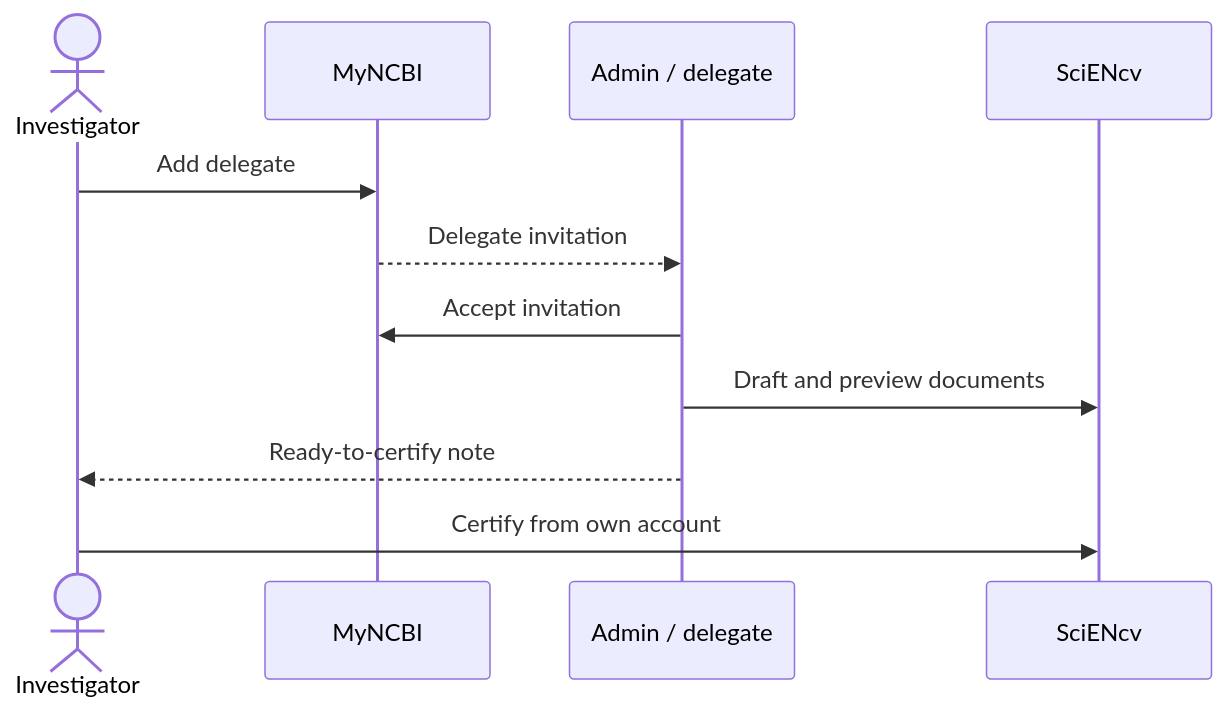
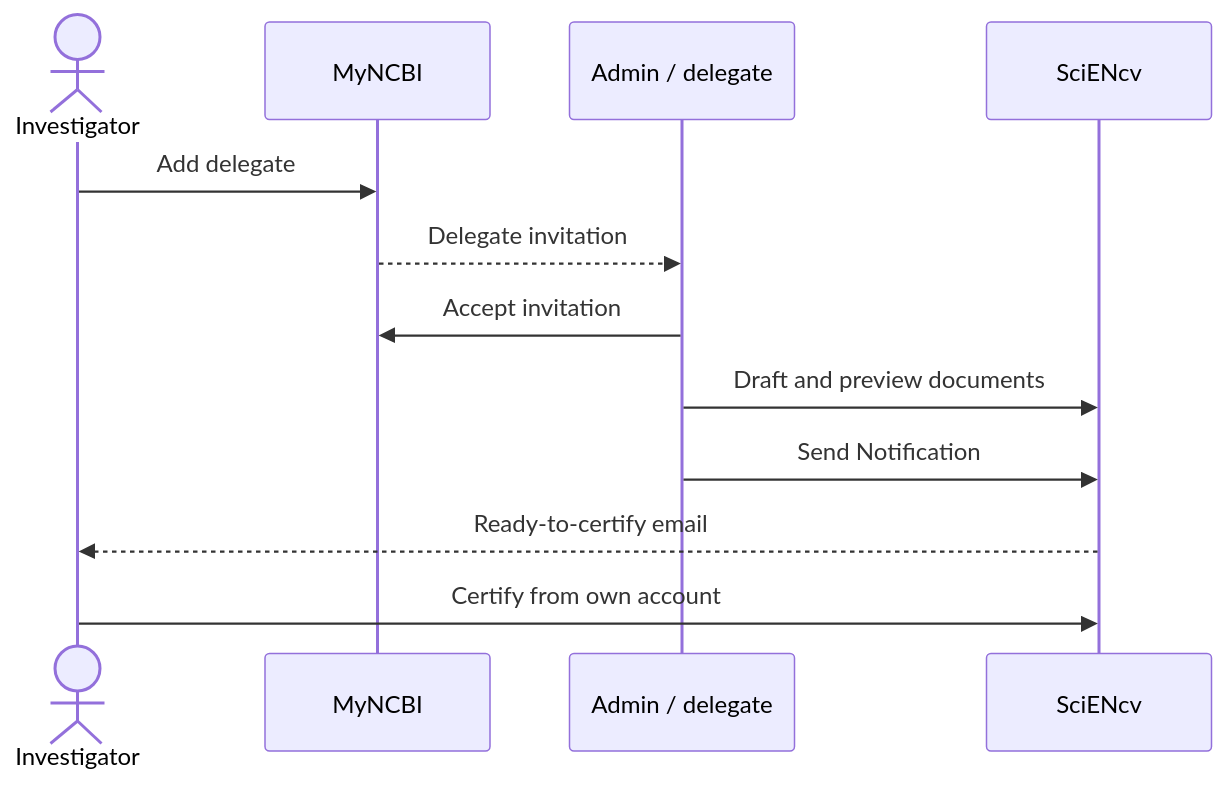
One commit to FritscheLab/nih-sciencv-playbook changed the diagram in docs/getting-ready/delegates.md. Above: the diagram before and after it, drawn with Mermaid. The commit also changed other lines of this file and 60 other files, not shown here.

````diff
--- a/docs/getting-ready/delegates.md
+++ b/docs/getting-ready/delegates.md
@@ -27,13 +31,16 @@
 ```mermaid
 sequenceDiagram
+    accTitle: SciENcv delegate setup and certification handoff
+    accDescr: The investigator grants delegate access, the admin accepts and prepares the documents, SciENcv sends the certification notification, and the investigator certifies from their own account.
     actor Investigator
     participant MyNCBI
     participant Admin as Admin / delegate
     participant SciENcv
     Investigator->>MyNCBI: Add delegate
     MyNCBI-->>Admin: Delegate invitation
     Admin->>MyNCBI: Accept invitation
     Admin->>SciENcv: Draft and preview documents
-    Admin-->>Investigator: Ready-to-certify note
+    Admin->>SciENcv: Send Notification
+    SciENcv-->>Investigator: Ready-to-certify email
     Investigator->>SciENcv: Certify from own account
 ```
````
